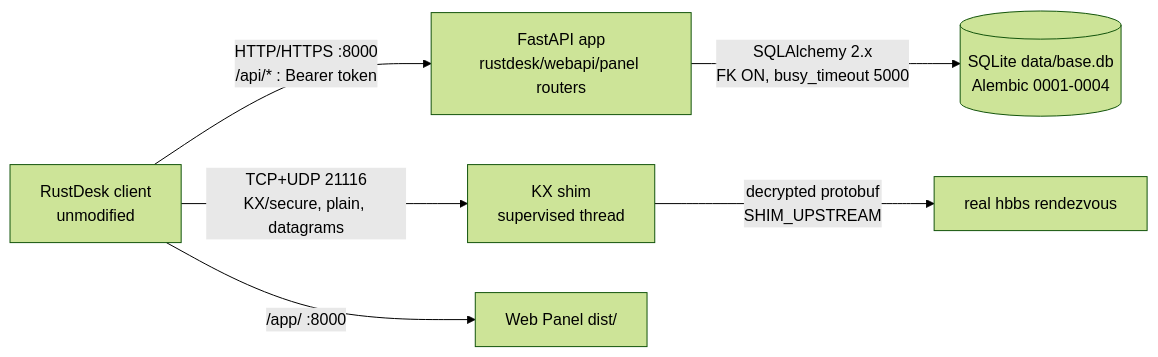
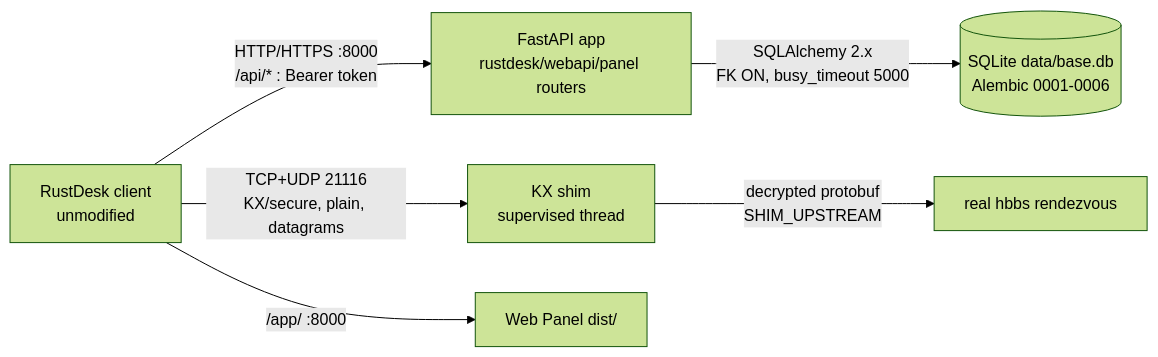
Before and after one commit to iinxn/rustdesk-address-book-api: the diagram in docs/en.md, drawn with Mermaid (forest theme). The commit also changed other lines of this file and 36 other files, not shown here.

````diff
--- a/docs/en.md
+++ b/docs/en.md
@@ -140,9 +140,9 @@
 ```mermaid
 flowchart LR
     C[RustDesk client<br/>unmodified]
     C -->|HTTP/HTTPS :8000<br/>/api/* : Bearer token| API[FastAPI app<br/>rustdesk/webapi/panel routers]
     C -->|TCP+UDP 21116<br/>KX/secure, plain, datagrams| SHIM[KX shim<br/>supervised thread]
     SHIM -->|decrypted protobuf<br/>SHIM_UPSTREAM| HBBS[real hbbs rendezvous]
     C -->|/app/ :8000| SPA[Web Panel dist/]
-    API -->|SQLAlchemy 2.x<br/>FK ON, busy_timeout 5000| DB[(SQLite data/base.db<br/>Alembic 0001-0004)]
+    API -->|SQLAlchemy 2.x<br/>FK ON, busy_timeout 5000| DB[(SQLite data/base.db<br/>Alembic 0001-0006)]
 ```
````
